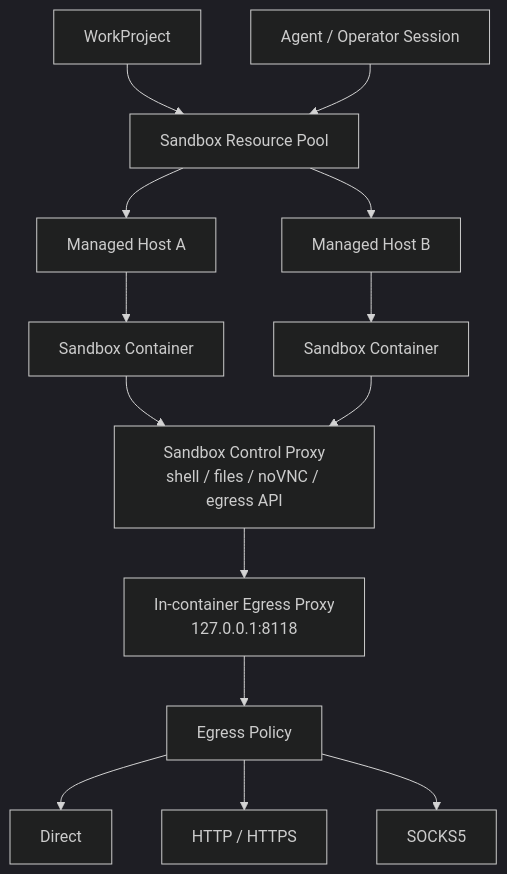
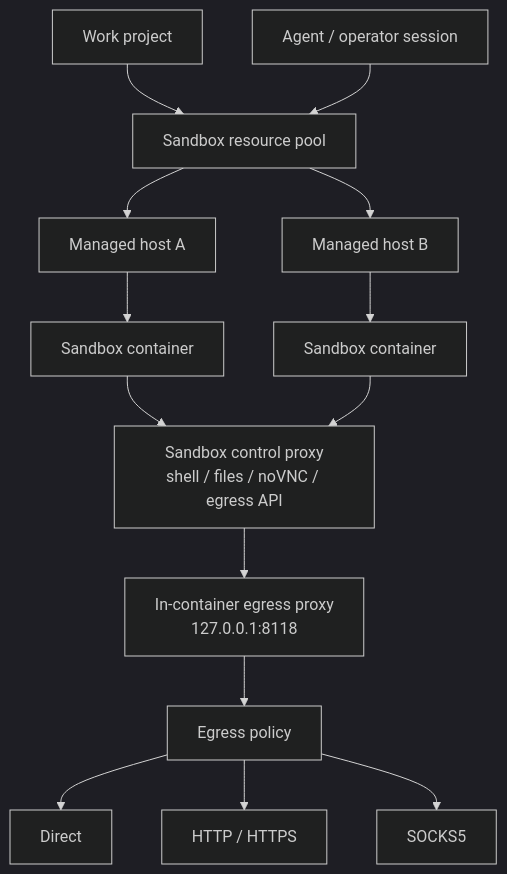
One commit to Meow-Emperor/Z3r0 changed the fourth of 4 diagrams in README.md. Above: the diagram before and after it, drawn with Mermaid (dark theme). The commit also changed other lines of this file and 164 other files, not shown here.

````diff
--- a/README.md
+++ b/README.md
@@ -185,26 +184,26 @@
 ```mermaid
 flowchart TB
-  Project["WorkProject"]
-  Runtime["Agent / Operator Session"]
-  Pool["Sandbox Resource Pool"]
-  HostA["Managed Host A"]
-  HostB["Managed Host B"]
-  ContainerA["Sandbox Container"]
-  ContainerB["Sandbox Container"]
-  Control["Sandbox Control Proxy<br/>shell / files / noVNC / egress API"]
-  LocalProxy["In-container Egress Proxy<br/>127.0.0.1:8118"]
-  Policy["Egress Policy"]
+  Project["Work project"]
+  Runtime["Agent / operator session"]
+  Pool["Sandbox resource pool"]
+  HostA["Managed host A"]
+  HostB["Managed host B"]
+  ContainerA["Sandbox container"]
+  ContainerB["Sandbox container"]
+  Control["Sandbox control proxy<br/>shell / files / noVNC / egress API"]
+  LocalProxy["In-container egress proxy<br/>127.0.0.1:8118"]
+  Policy["Egress policy"]
   Direct["Direct"]
   HTTP["HTTP / HTTPS"]
   SOCKS["SOCKS5"]
 
   Project --> Pool
   Runtime --> Pool
   Pool --> HostA --> ContainerA
   Pool --> HostB --> ContainerB
   ContainerA --> Control --> LocalProxy --> Policy
   ContainerB --> Control
   Policy --> Direct
   Policy --> HTTP
   Policy --> SOCKS
 ```
````
